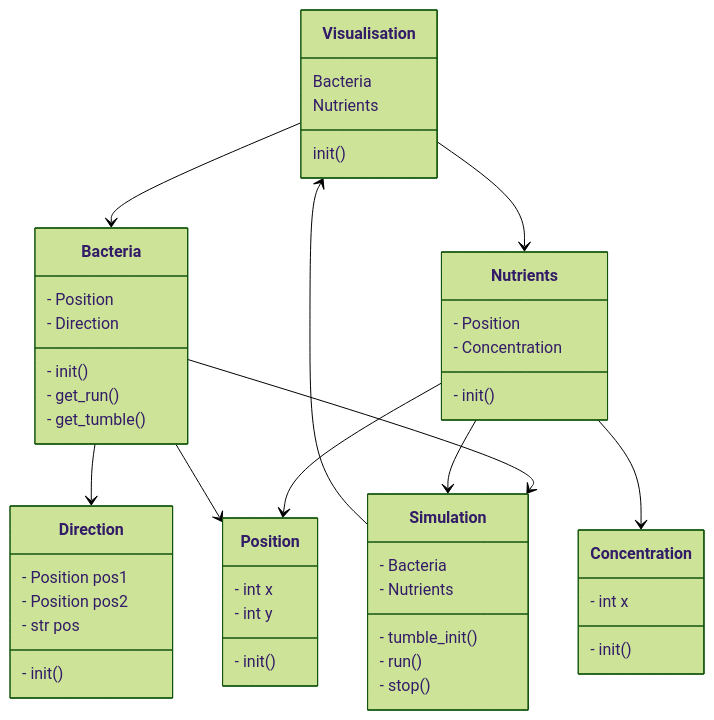
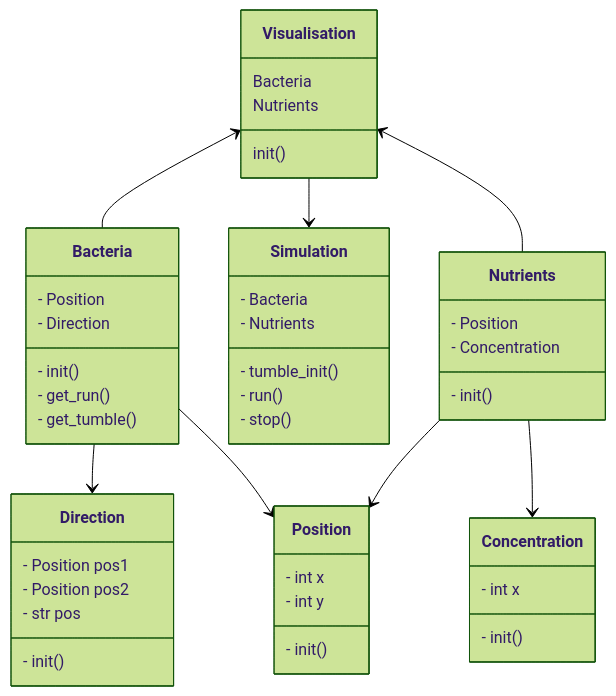
One commit to programming-formalisms/programming_formalisms_project_summer_2024 changed the diagram in learners/phuong/class.md. Above: the diagram before and after it, drawn with Mermaid (forest theme).

````diff
--- a/learners/phuong/class.md
+++ b/learners/phuong/class.md
@@ -2,56 +2,53 @@
 ```mermaid
 classDiagram
-Visualisation--> Bacteria
-Visualisation --> Nutrients
-Bacteria --> Simulation
-Simulation --> Visualisation
-Nutrients --> Simulation
-
-Nutrients --> Position
-Bacteria --> Position
-Bacteria --> Direction
-Nutrients --> Concentration
+Visualisation <-- Bacteria 
+ Visualisation --> Simulation
+ Visualisation <-- Nutrients
+ Bacteria --> Direction
+ Bacteria --> Position
+ Nutrients --> Position
+ Nutrients --> Concentration
 
 
 class Visualisation{
     Bacteria
     Nutrients
     init()
 }
 class Bacteria{
     - Position
     - Direction
     - init()
     - get_run()
     - get_tumble()
 }
 class Nutrients{
     - Position
     - Concentration
     - init()
 }
 class Position{
     - int x
     - int y
     - init()
 }
 class Direction{
     - Position pos1
     - Position pos2
     - str pos
     - init()
 }
 class Concentration{
     - int x
     - init ()
 }
 class Simulation{
     - Bacteria
     - Nutrients
     - tumble_init()
     - run()
     - stop()
 }
 
 
 ```
````
